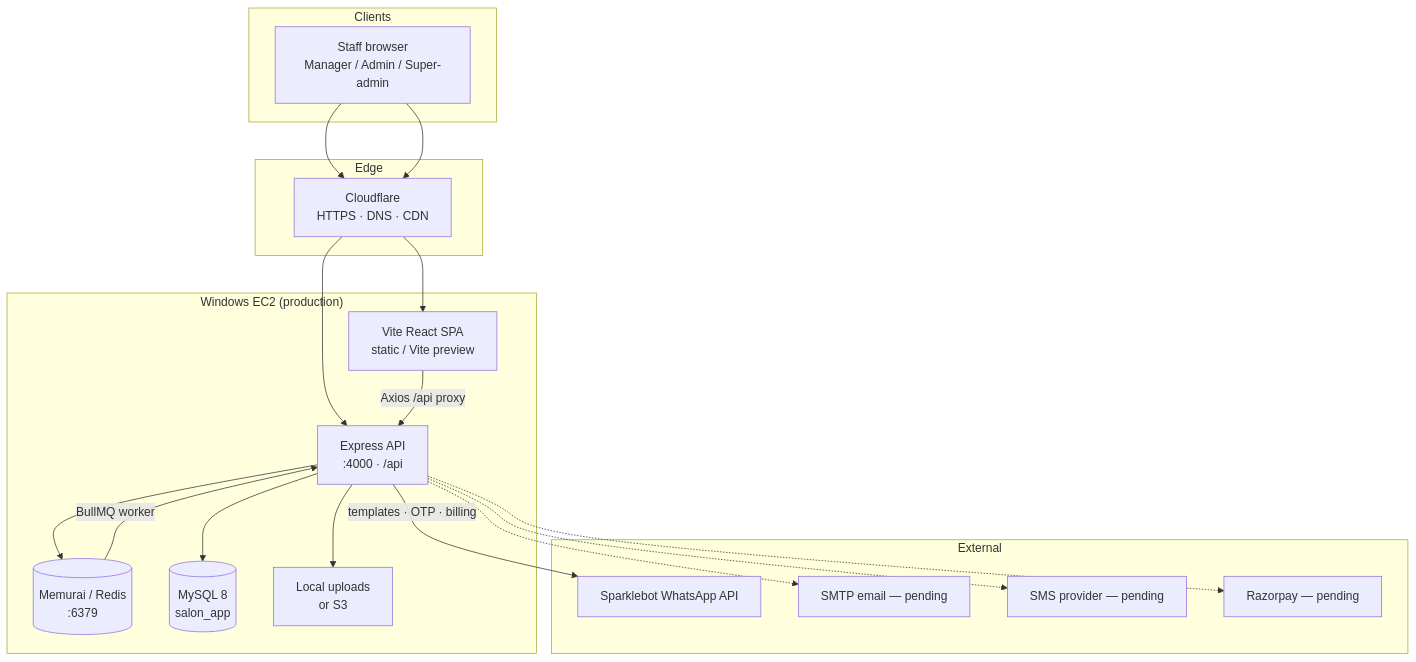
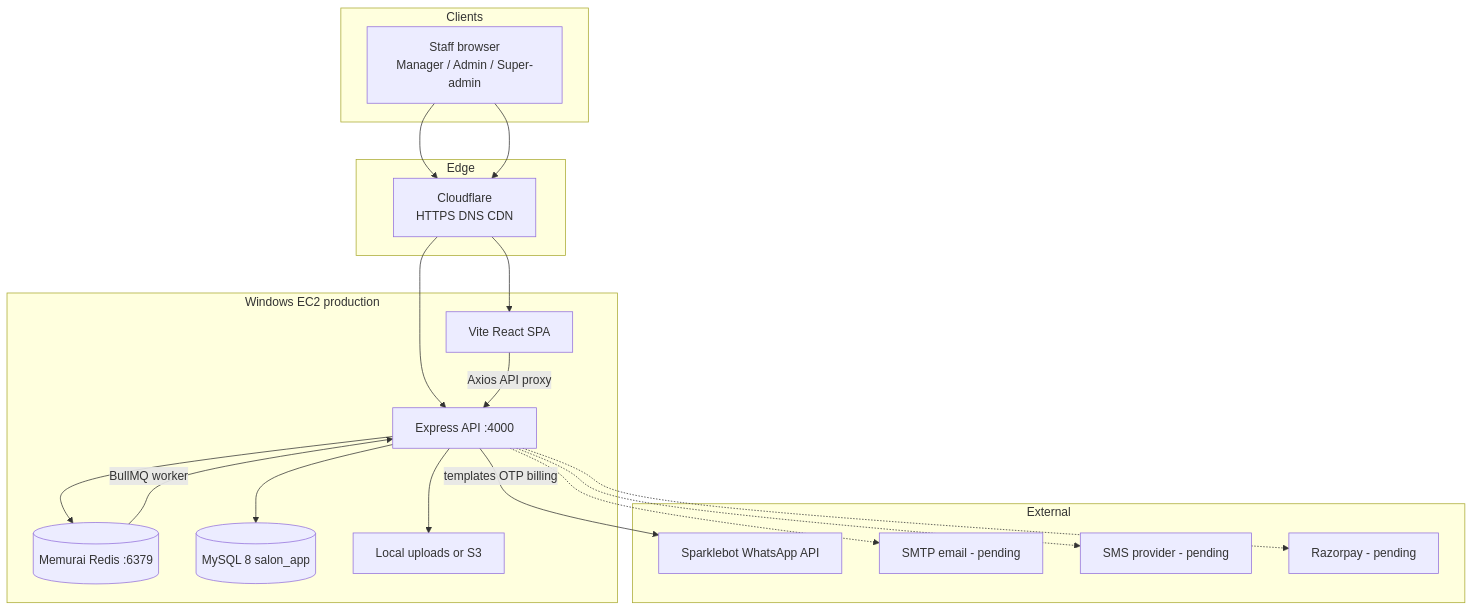
One commit to MetaForge-IT/BillVyapp-Production changed the first of 9 diagrams in ARCHITECTURE.md. Above: the diagram before and after it, drawn with Mermaid. The commit also changed other lines of this file and 1 other file, not shown here.

Commit message:
docs: add V1 architecture and GitHub README landing page fixed the rich display

````diff
--- a/ARCHITECTURE.md
+++ b/ARCHITECTURE.md
@@ -48,37 +48,37 @@
 ```mermaid
 flowchart TB
   subgraph Clients
-    Browser[Staff browser<br/>Manager / Admin / Super-admin]
+    Browser["Staff browser<br/>Manager / Admin / Super-admin"]
   end
 
   subgraph Edge
-    CF[Cloudflare<br/>HTTPS · DNS · CDN]
+    CF["Cloudflare<br/>HTTPS DNS CDN"]
   end
 
-  subgraph AppHost["Windows EC2 (production)"]
-    FE[Vite React SPA<br/>static / Vite preview]
-    API[Express API<br/>:4000 · /api]
-    Redis[(Memurai / Redis<br/>:6379)]
-    MySQL[(MySQL 8<br/>salon_app)]
-    Uploads[Local uploads<br/>or S3]
+  subgraph AppHost["Windows EC2 production"]
+    FE["Vite React SPA"]
+    API["Express API :4000"]
+    Redis[("Memurai Redis :6379")]
+    MySQL[("MySQL 8 salon_app")]
+    Uploads["Local uploads or S3"]
   end
 
   subgraph External
-    WA[Sparklebot WhatsApp API]
-    SMTP[SMTP email — pending]
-    SMS[SMS provider — pending]
-    RZ[Razorpay — pending]
+    WA["Sparklebot WhatsApp API"]
+    SMTP["SMTP email - pending"]
+    SMS["SMS provider - pending"]
+    RZ["Razorpay - pending"]
   end
 
   Browser --> CF --> FE
   Browser --> CF --> API
-  FE -->|Axios /api proxy| API
+  FE -->|"Axios API proxy"| API
   API --> MySQL
   API --> Redis
   API --> Uploads
-  API -->|templates · OTP · billing| WA
+  API -->|"templates OTP billing"| WA
   API -.-> SMTP
   API -.-> SMS
   API -.-> RZ
-  Redis -->|BullMQ worker| API
+  Redis -->|"BullMQ worker"| API
 ```
````
